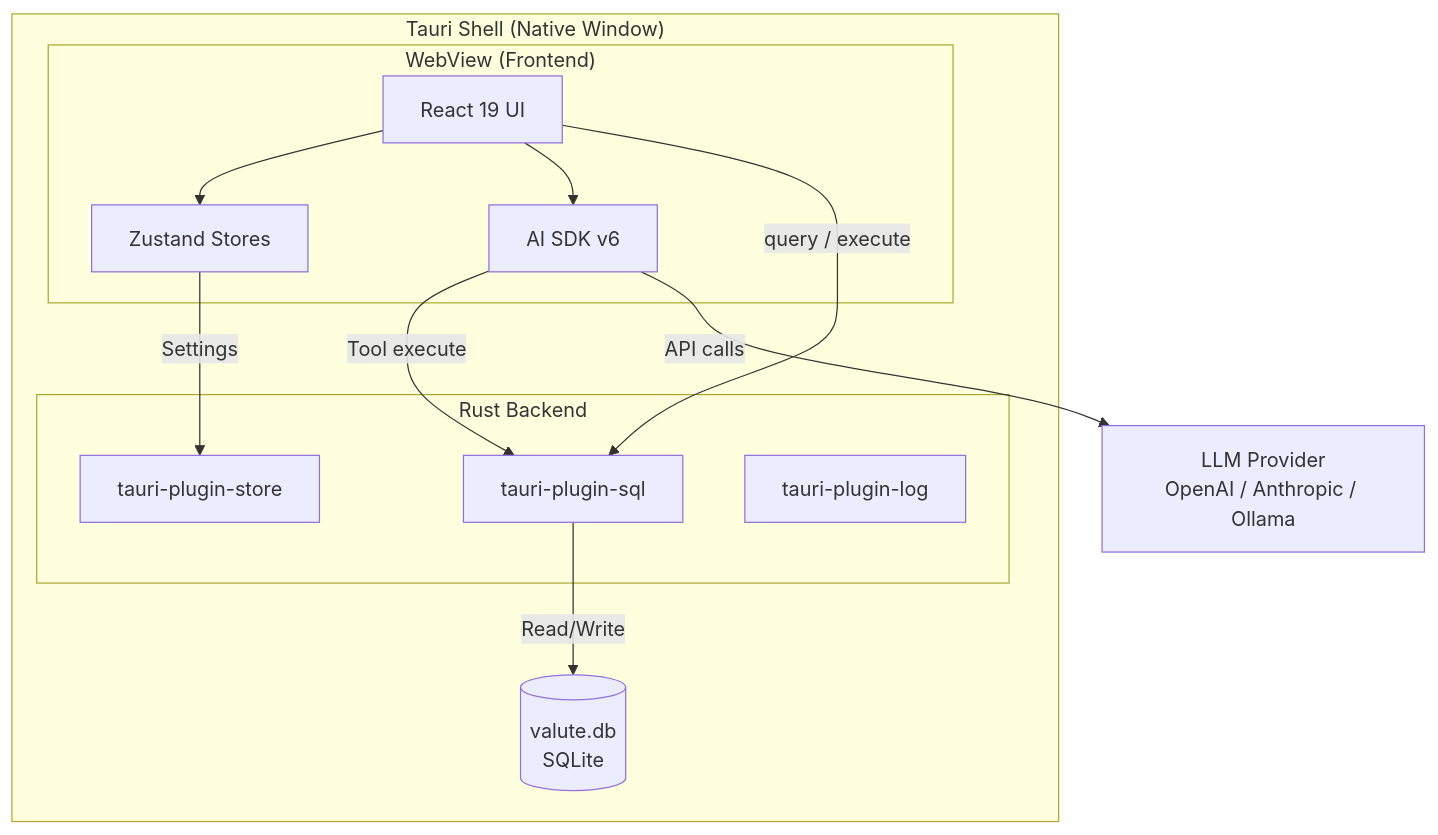
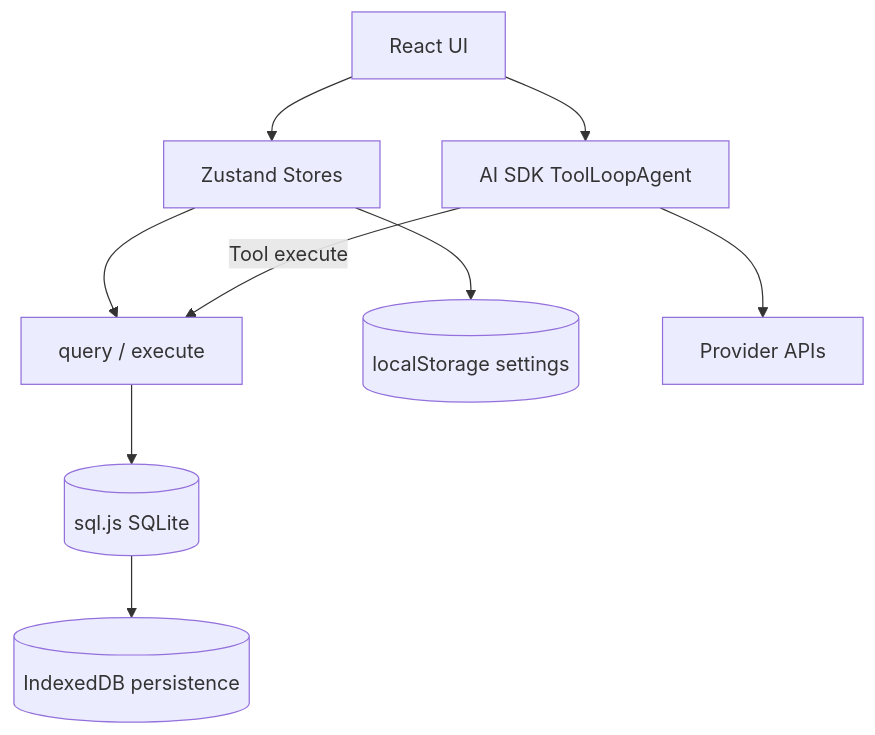
The first of 2 diagrams in docs/guides/ARCHITECTURE.md (g0dxn4/Shikin), drawn with Mermaid before and after one commit. The commit also changed other lines of this file and 44 other files, not shown here.

````diff
--- a/docs/guides/ARCHITECTURE.md
+++ b/docs/guides/ARCHITECTURE.md
@@ -11,24 +17,11 @@
 ```mermaid
 graph TB
-    subgraph "Tauri Shell (Native Window)"
-        subgraph "WebView (Frontend)"
-            UI[React 19 UI]
-            AI[AI SDK v6]
-            ZS[Zustand Stores]
-        end
-        subgraph "Rust Backend"
-            SQL[tauri-plugin-sql]
-            Store[tauri-plugin-store]
-            Log[tauri-plugin-log]
-        end
-        SQLite[(valute.db<br/>SQLite)]
-    end
-
-    UI --> ZS
-    UI --> AI
-    AI -->|Tool execute| SQL
-    UI -->|query / execute| SQL
-    ZS -->|Settings| Store
-    SQL -->|Read/Write| SQLite
-    AI -->|API calls| LLM[LLM Provider<br/>OpenAI / Anthropic / Ollama]
+    UI[React UI] --> ZS[Zustand Stores]
+    UI --> AI[AI SDK ToolLoopAgent]
+    ZS --> DBAPI[query / execute]
+    AI -->|Tool execute| DBAPI
+    DBAPI --> SQLJS[(sql.js SQLite)]
+    SQLJS --> IDB[(IndexedDB persistence)]
+    ZS --> LS[(localStorage settings)]
+    AI --> LLM[Provider APIs]
 ```
````
